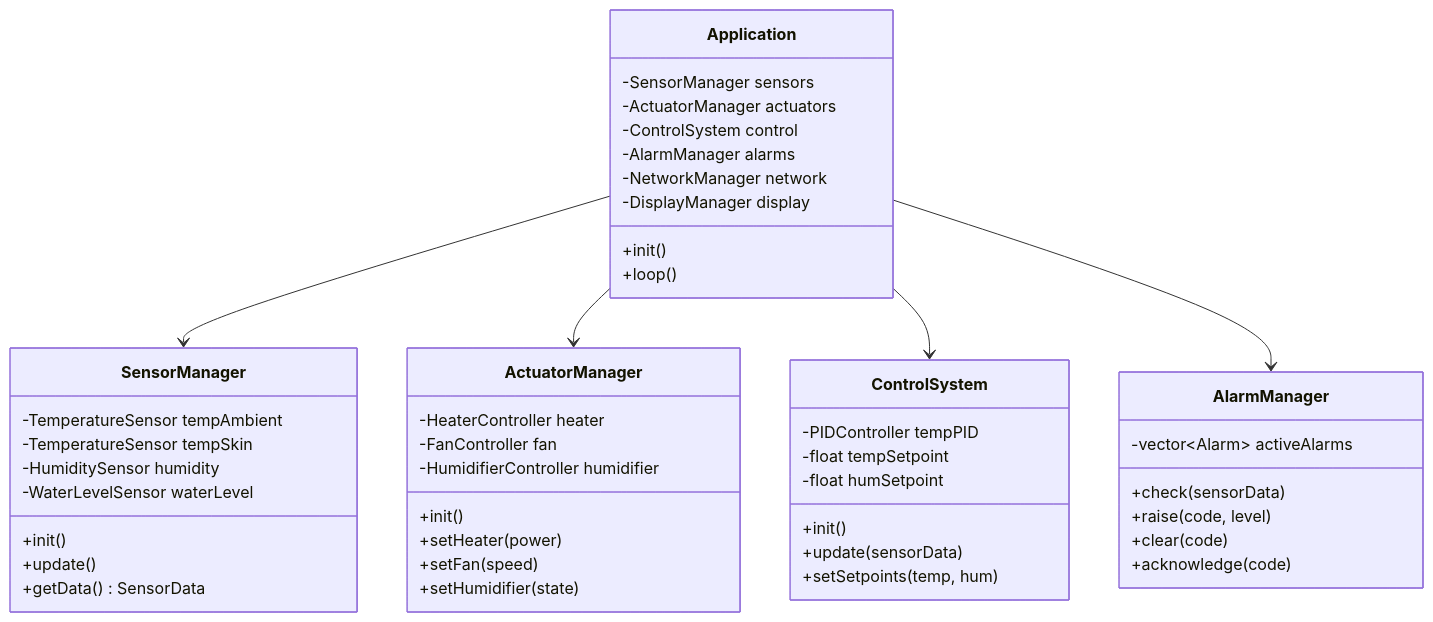
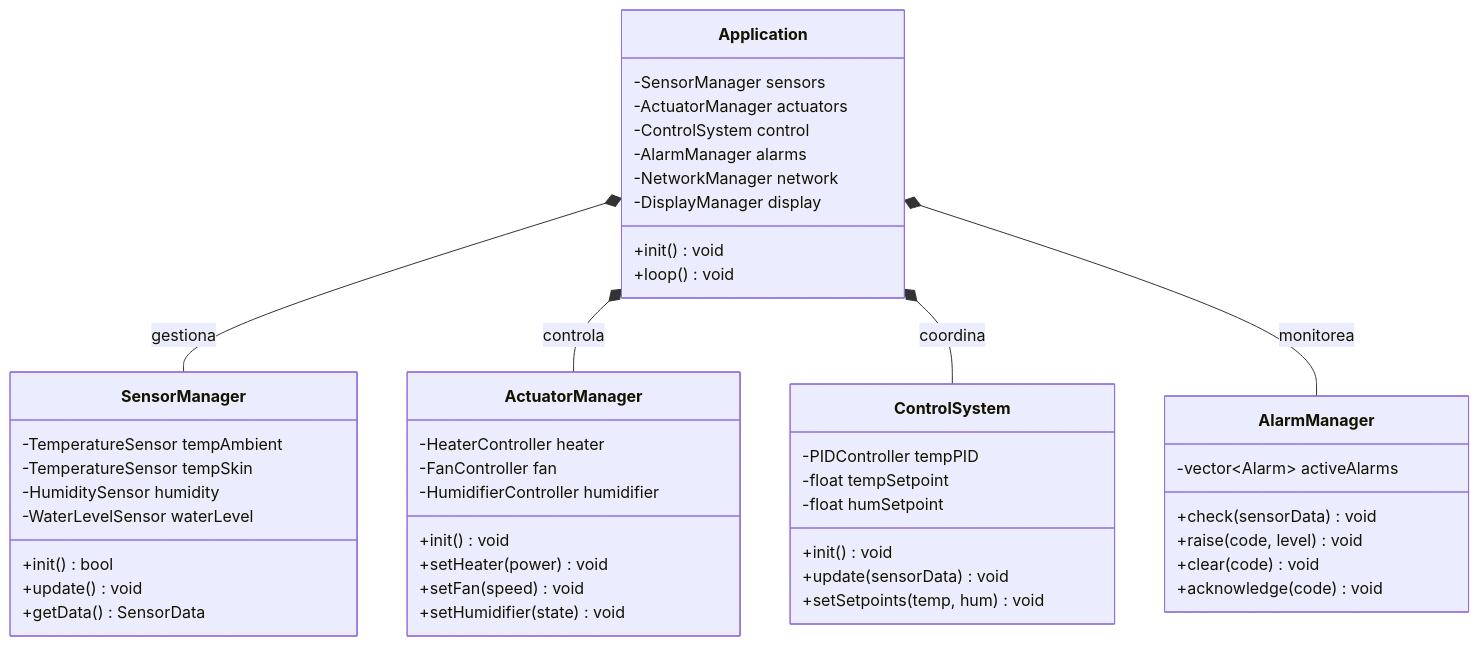
One commit to medicalopenworld/IncuNest-Docs changed the first of 2 diagrams in docs/docs/software/firmware/architecture.md. Above: the diagram before and after it, drawn with Mermaid. The commit also changed other lines of this file and 11 other files, not shown here.

Commit message:
Update Spanish documentation diagrams to beautiful mermaid style

````diff
--- a/docs/docs/software/firmware/architecture.md
+++ b/docs/docs/software/firmware/architecture.md
@@ -18,55 +18,55 @@
 ```mermaid
 classDiagram
     class Application {
         -SensorManager sensors
         -ActuatorManager actuators
         -ControlSystem control
         -AlarmManager alarms
         -NetworkManager network
         -DisplayManager display
-        +init()
-        +loop()
+        +init() void
+        +loop() void
     }
     
     class SensorManager {
         -TemperatureSensor tempAmbient
         -TemperatureSensor tempSkin
         -HumiditySensor humidity
         -WaterLevelSensor waterLevel
-        +init()
-        +update()
+        +init() bool
+        +update() void
         +getData() SensorData
     }
     
     class ActuatorManager {
         -HeaterController heater
         -FanController fan
         -HumidifierController humidifier
-        +init()
-        +setHeater(power)
-        +setFan(speed)
-        +setHumidifier(state)
+        +init() void
+        +setHeater(power) void
+        +setFan(speed) void
+        +setHumidifier(state) void
     }
     
     class ControlSystem {
         -PIDController tempPID
         -float tempSetpoint
         -float humSetpoint
-        +init()
-        +update(sensorData)
-        +setSetpoints(temp, hum)
+        +init() void
+        +update(sensorData) void
+        +setSetpoints(temp, hum) void
     }
     
     class AlarmManager {
         -vector~Alarm~ activeAlarms
-        +check(sensorData)
-        +raise(code, level)
-        +clear(code)
-        +acknowledge(code)
+        +check(sensorData) void
+        +raise(code, level) void
+        +clear(code) void
+        +acknowledge(code) void
     }
     
-    Application --> SensorManager
-    Application --> ActuatorManager
-    Application --> ControlSystem
-    Application --> AlarmManager
+    Application *-- SensorManager : gestiona
+    Application *-- ActuatorManager : controla
+    Application *-- ControlSystem : coordina
+    Application *-- AlarmManager : monitorea
 ```
````
